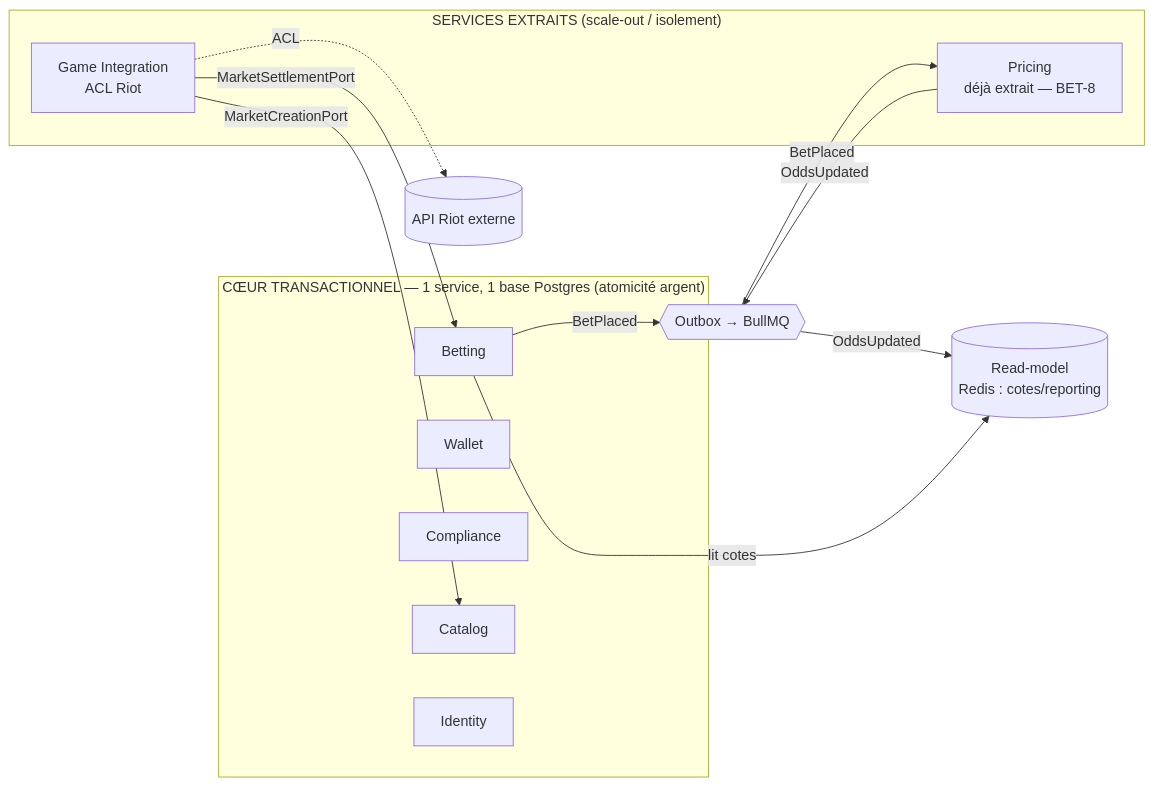
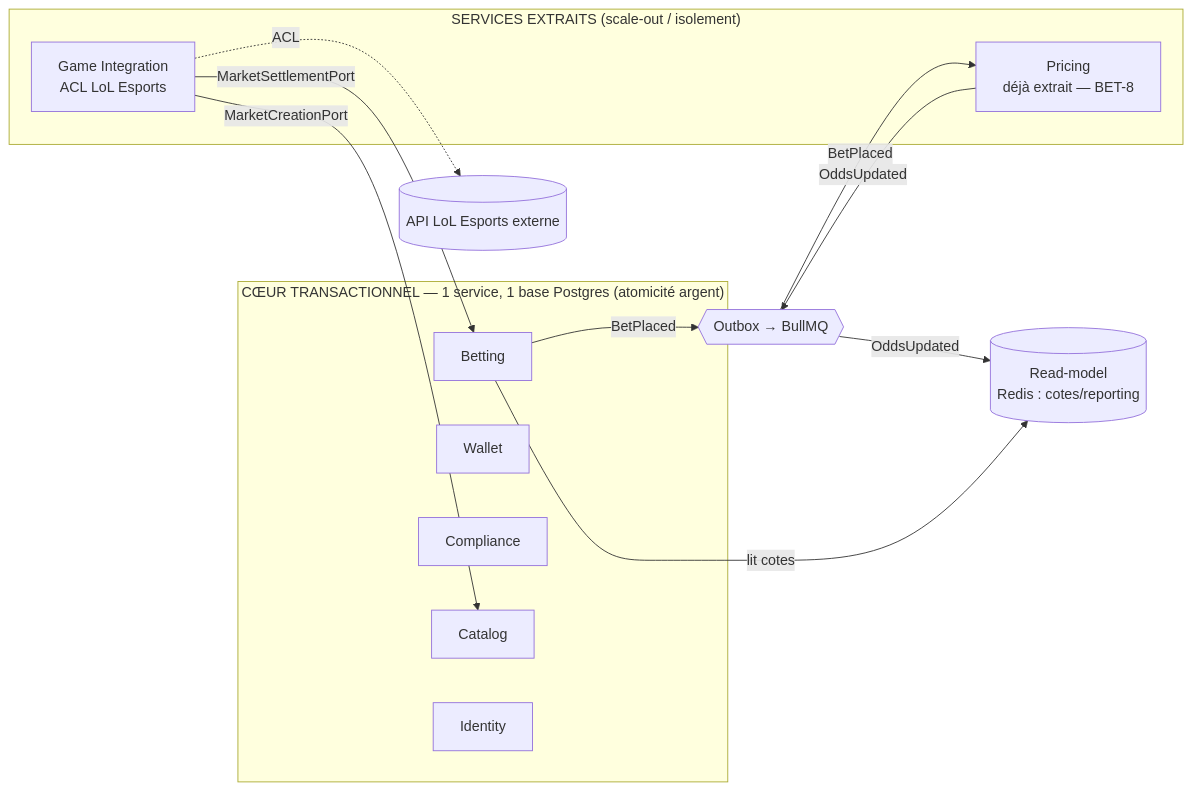
The second of 2 diagrams in livrables/analyse-microservices.md (Baptiste-Fournel/betnext), drawn with Mermaid before and after one commit. The commit also changed other lines of this file and 7 other files, not shown here.

Commit message:
docs(livrables): synchro complète des .md + diagrammes [BET-34]

````diff
--- a/livrables/analyse-microservices.md
+++ b/livrables/analyse-microservices.md
@@ -169,28 +169,28 @@
 ```mermaid
 graph LR
   subgraph core["CŒUR TRANSACTIONNEL — 1 service, 1 base Postgres (atomicité argent)"]
     B[Betting]
     W[Wallet]
     C[Compliance]
     CAT[Catalog]
     ID[Identity]
   end
 
   subgraph extracted["SERVICES EXTRAITS (scale-out / isolement)"]
     P[Pricing<br/>déjà extrait — BET-8]
-    GI[Game Integration<br/>ACL Riot]
+    GI[Game Integration<br/>ACL LoL Esports]
   end
 
   RM[(Read-model<br/>Redis : cotes/reporting)]
   BUS{{Outbox → BullMQ}}
 
   B -- BetPlaced --> BUS
   BUS -- BetPlaced --> P
   P -- OddsUpdated --> BUS
   BUS -- OddsUpdated --> RM
   B -- lit cotes --> RM
 
   GI -- MarketCreationPort --> CAT
   GI -- MarketSettlementPort --> B
-  GI -. ACL .-> RIOT[(API Riot externe)]
+  GI -. ACL .-> LOL[(API LoL Esports externe)]
 ```
````
